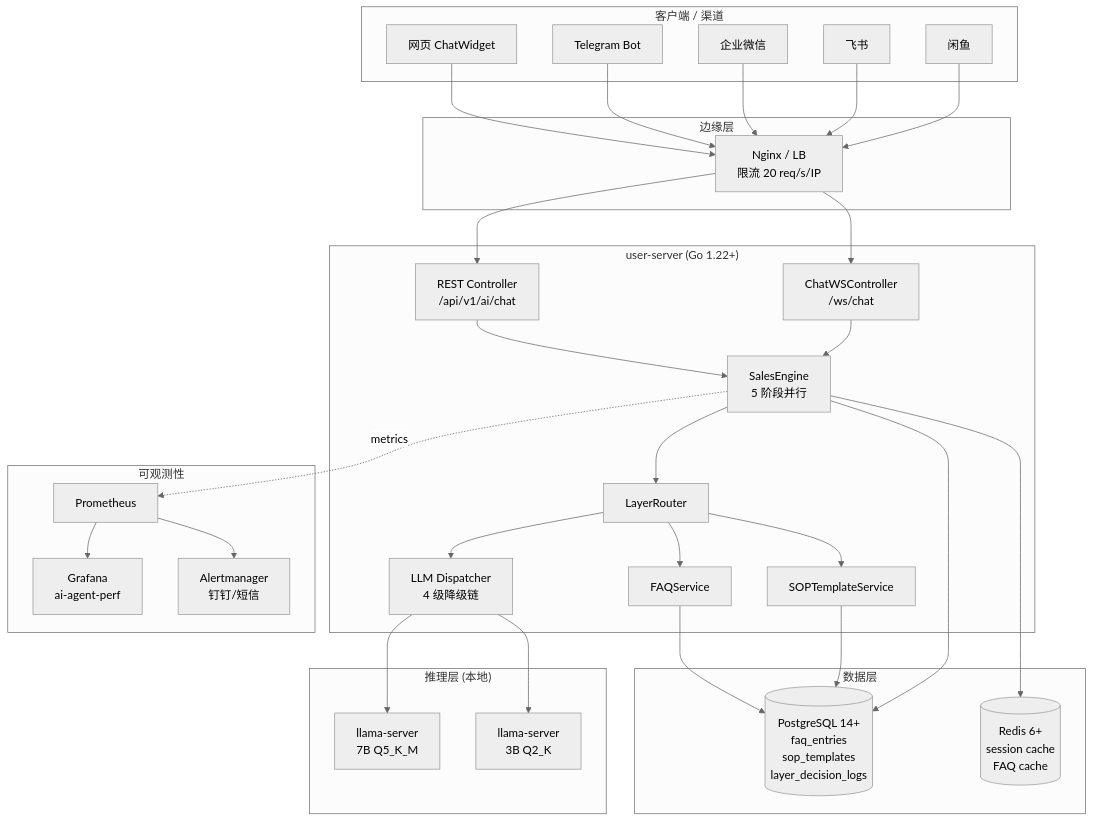
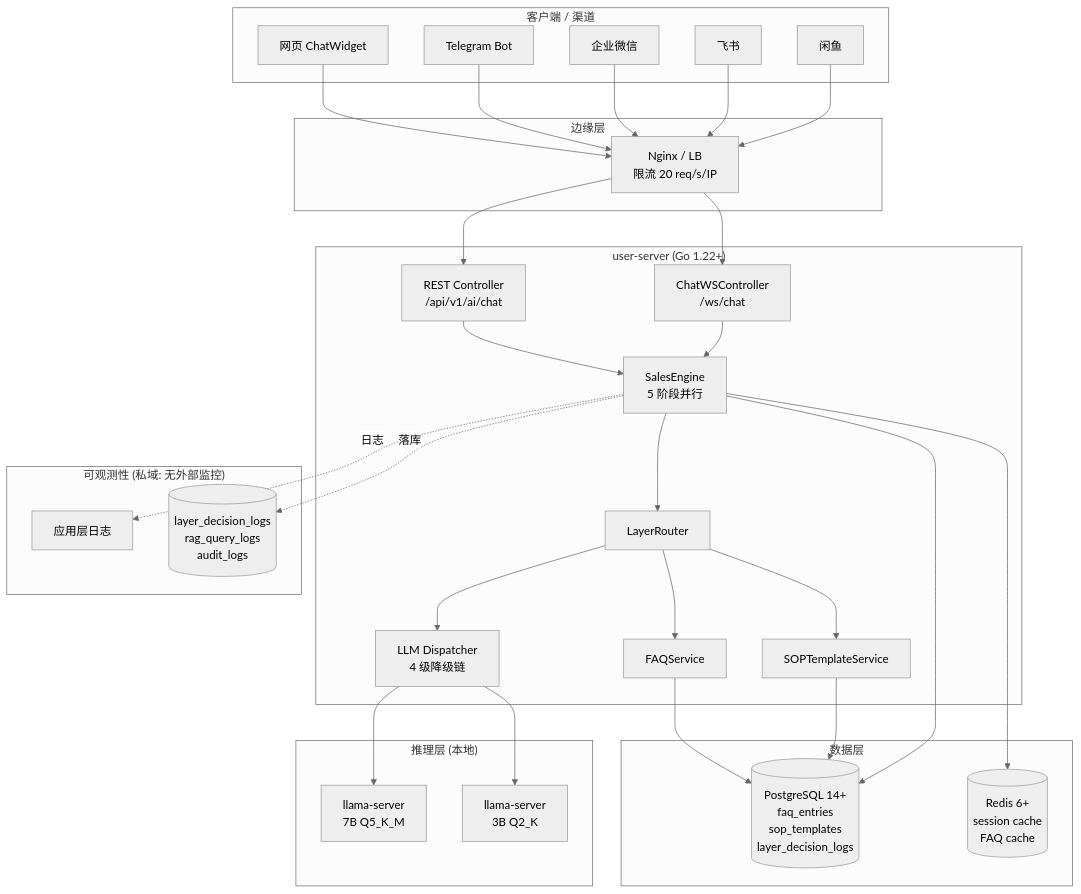
The diagram in docs/operations/AI_AGENT_PERF_DEPLOY.md (hivemtkbot/hivemtk), drawn with Mermaid (neutral theme) before and after one commit. The commit also changed other lines of this file and 68 other files, not shown here.

First line of the commit message:
chore(cleanup): 完整移除 Prometheus / Grafana / 外部告警通道

````diff
--- a/docs/operations/AI_AGENT_PERF_DEPLOY.md
+++ b/docs/operations/AI_AGENT_PERF_DEPLOY.md
@@ -15,59 +15,57 @@
 ```mermaid
 graph TB
     subgraph Client["客户端 / 渠道"]
         W[网页 ChatWidget]
         TG[Telegram Bot]
         WC[企业微信]
         FS[飞书]
         XY[闲鱼]
     end
 
     subgraph Edge["边缘层"]
         NGX[Nginx / LB<br/>限流 20 req/s/IP]
     end
 
     subgraph App["user-server (Go 1.22+)"]
         REST[REST Controller<br/>/api/v1/ai/chat]
         WS[ChatWSController<br/>/ws/chat]
         SE[SalesEngine<br/>5 阶段并行]
         LR[LayerRouter]
         FAQ[FAQService]
         SOP[SOPTemplateService]
         DISP[LLM Dispatcher<br/>4 级降级链]
     end
 
     subgraph Inference["推理层 (本地)"]
         L7B[llama-server<br/>7B Q5_K_M]
         L3B[llama-server<br/>3B Q2_K]
     end
 
     subgraph Data["数据层"]
         PG[(PostgreSQL 14+<br/>faq_entries<br/>sop_templates<br/>layer_decision_logs)]
         REDIS[(Redis 6+<br/>session cache<br/>FAQ cache)]
     end
 
-    subgraph Obs["可观测性"]
-        PROM[Prometheus]
-        GRA[Grafana<br/>ai-agent-perf]
-        ALERT[Alertmanager<br/>钉钉/短信]
+    subgraph Obs["可观测性 (私域: 无外部监控)"]
+        LOG[应用层日志]
+        AUDIT[(layer_decision_logs<br/>rag_query_logs<br/>audit_logs)]
     end
 
     W & TG & WC & FS & XY --> NGX
     NGX --> REST
     NGX --> WS
     REST --> SE
     WS --> SE
     SE --> LR
     LR --> FAQ
     LR --> SOP
     LR --> DISP
     FAQ --> PG
     SOP --> PG
     SE --> PG
     SE --> REDIS
     DISP --> L7B
     DISP --> L3B
-    SE -.metrics.-> PROM
-    PROM --> GRA
-    PROM --> ALERT
+    SE -.日志.-> LOG
+    SE -.落库.-> AUDIT
 ```
````
